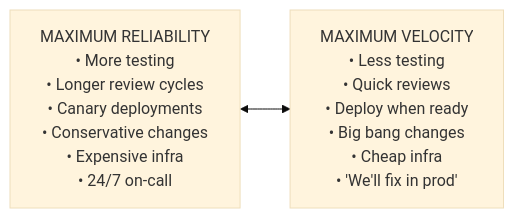
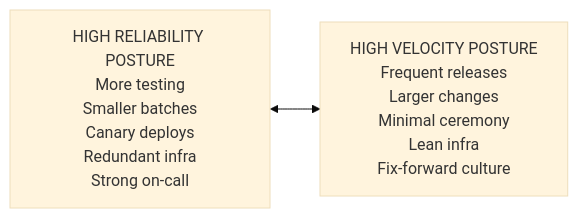
One commit to kube-dojo/kube-dojo changed the seventh of 9 diagrams in src/content/docs/platform/foundations/reliability-engineering/module-2.1-what-is-reliability.md. Above: the diagram before and after it, drawn with Mermaid (base theme). The commit also changed other lines of this file and 4 other files, not shown here.

````diff
--- a/src/content/docs/platform/foundations/reliability-engineering/module-2.1-what-is-reliability.md
+++ b/src/content/docs/platform/foundations/reliability-engineering/module-2.1-what-is-reliability.md
@@ -644,4 +311,4 @@
 ```mermaid
 flowchart LR
-    R["MAXIMUM RELIABILITY<br/>• More testing<br/>• Longer review cycles<br/>• Canary deployments<br/>• Conservative changes<br/>• Expensive infra<br/>• 24/7 on-call"] <--> V["MAXIMUM VELOCITY<br/>• Less testing<br/>• Quick reviews<br/>• Deploy when ready<br/>• Big bang changes<br/>• Cheap infra<br/>• 'We'll fix in prod'"]
+    R["HIGH RELIABILITY POSTURE<br/>More testing<br/>Smaller batches<br/>Canary deploys<br/>Redundant infra<br/>Strong on-call"] <--> V["HIGH VELOCITY POSTURE<br/>Frequent releases<br/>Larger changes<br/>Minimal ceremony<br/>Lean infra<br/>Fix-forward culture"]
 ```
````
